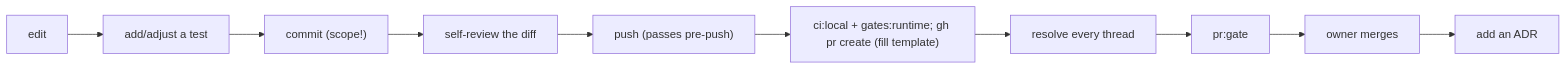
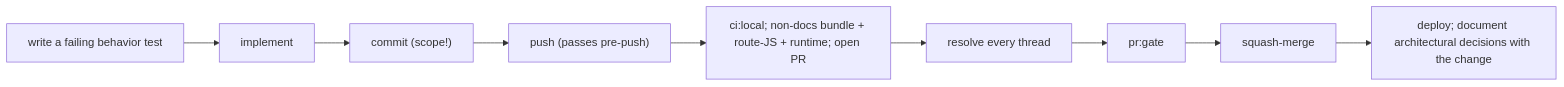
The diagram in docs/handbook/onboarding.md (erikunha/portfolio), drawn with Mermaid before and after one commit. The commit also changed other lines of this file and 1307 other files, not shown here.

````diff
--- a/docs/handbook/onboarding.md
+++ b/docs/handbook/onboarding.md
@@ -26,8 +26,8 @@
 ```mermaid
 flowchart LR
-    edit["edit"] --> tdd["add/adjust a test"] --> commit["commit (scope!)"]
-    commit --> battery["self-review the diff"] --> push["push (passes pre-push)"]
-    push --> pr["ci:local + gates:runtime; gh pr create (fill template)"]
-    pr --> conv["resolve every thread"] --> ready["pr:gate"] --> owner["owner merges"]
-    owner --> adr["add an ADR"]
+    tdd["write a failing behavior test"] --> edit["implement"] --> commit["commit (scope!)"]
+    commit --> push["push (passes pre-push)"]
+    push --> pr["ci:local; non-docs bundle + route-JS + runtime; open PR"]
+    pr --> conv["resolve every thread"] --> ready["pr:gate"] --> merge["squash-merge"]
+    merge --> deploy["deploy; document architectural decisions with the change"]
 ```
````
